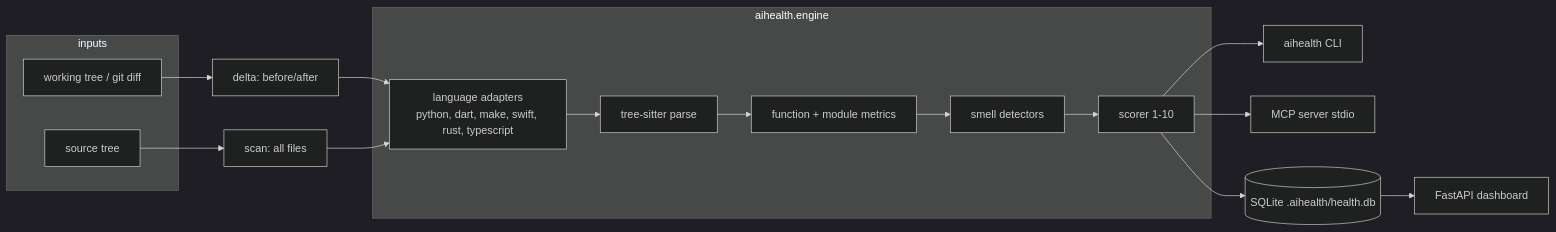
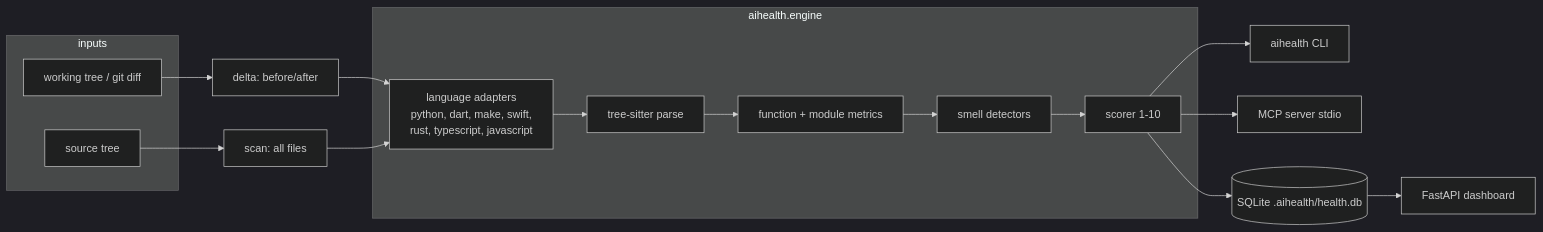
Before and after one commit to epatel/ai-health: the diagram in cards/architecture.md, drawn with Mermaid (dark theme). The commit also changed other lines of this file and 17 other files, not shown here.

````diff
--- a/cards/architecture.md
+++ b/cards/architecture.md
@@ -7,23 +7,23 @@
 ```mermaid
 flowchart LR
     subgraph inputs
         WT[working tree / git diff]
         REPO[source tree]
     end
     subgraph engine["aihealth.engine"]
-        LANG[language adapters<br/>python, dart, make, swift, rust, typescript]
+        LANG[language adapters<br/>python, dart, make, swift,<br/>rust, typescript, javascript]
         TS[tree-sitter parse]
         MET[function + module metrics]
         SM[smell detectors]
         SC[scorer 1-10]
     end
     WT --> DELTA[delta: before/after]
     REPO --> SCAN[scan: all files]
     DELTA --> LANG
     SCAN --> LANG
     LANG --> TS --> MET --> SM --> SC
     SC --> CLI[aihealth CLI]
     SC --> MCP[MCP server stdio]
     SC --> DB[(SQLite .aihealth/health.db)]
     DB --> WEB[FastAPI dashboard]
 ```
````
